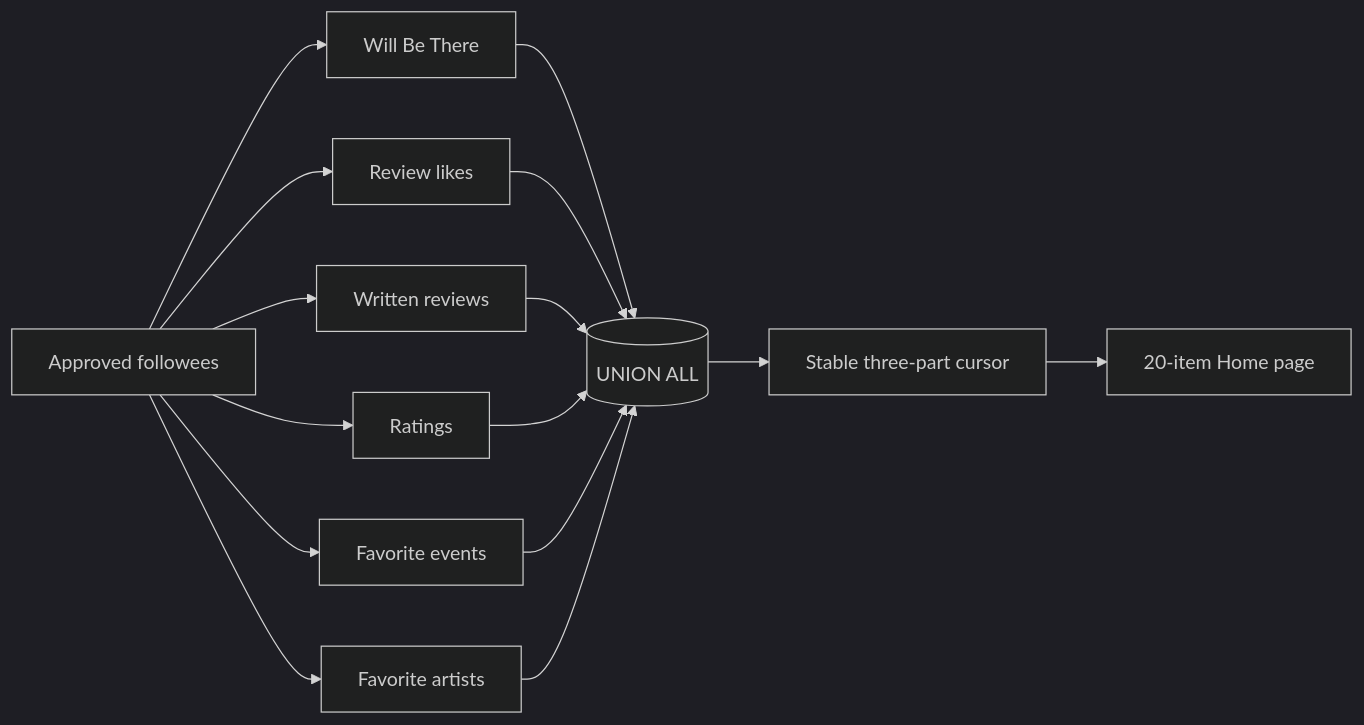
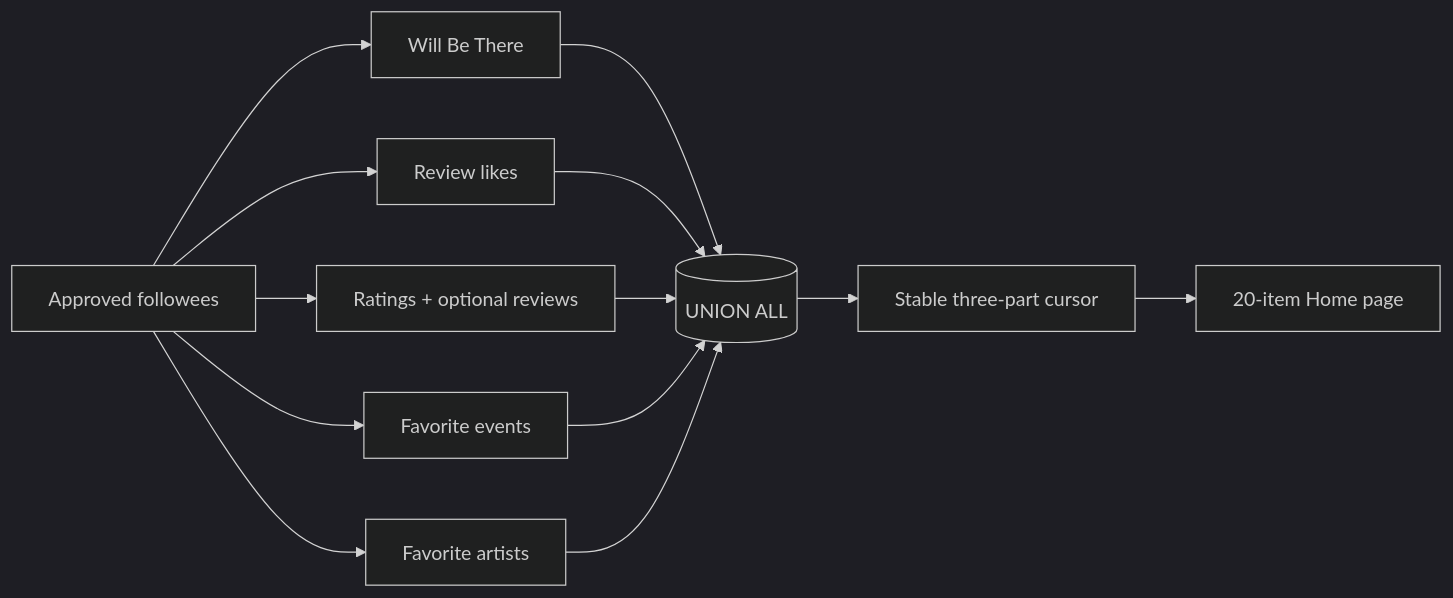
Before and after one commit to tanbaydar/onda: the fourth of 5 diagrams in README.md, drawn with Mermaid (dark theme). The commit also changed other lines of this file and 13 other files, not shown here.

````diff
--- a/README.md
+++ b/README.md
@@ -132,19 +132,17 @@
 ```mermaid
 flowchart LR
     Followees[Approved followees] --> Plans[Will Be There]
     Followees --> Likes[Review likes]
-    Followees --> Reviews[Written reviews]
-    Followees --> Ratings[Ratings]
+    Followees --> Ratings[Ratings + optional reviews]
     Followees --> Events[Favorite events]
     Followees --> Artists[Favorite artists]
 
     Plans --> Union[(UNION ALL)]
     Likes --> Union
-    Reviews --> Union
     Ratings --> Union
     Events --> Union
     Artists --> Union
 
     Union --> Cursor[Stable three-part cursor]
     Cursor --> Page[20-item Home page]
 ```
````
